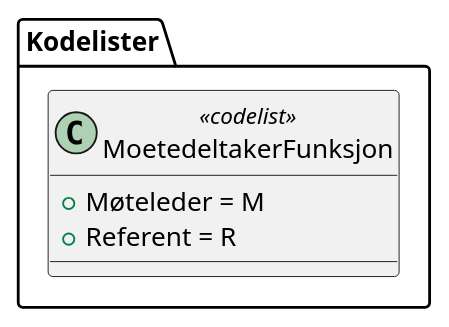
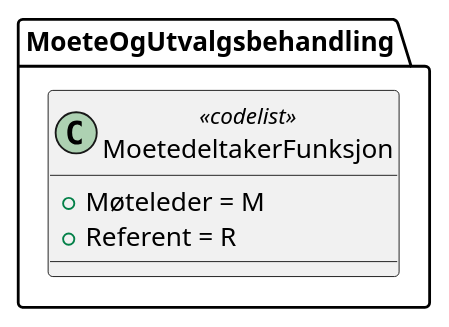
Before and after one commit to arkivverket/noark5-tjenestegrensesnitt-standard: the diagram in kapitler/media/uml-codelist-moetedeltakerfunksjon.iuml, drawn with PlantUML. The commit also changed 10 other files, not shown here.

```diff
--- a/kapitler/media/uml-codelist-moetedeltakerfunksjon.iuml
+++ b/kapitler/media/uml-codelist-moetedeltakerfunksjon.iuml
@@ -1,6 +1,6 @@
 @startuml
-class Kodelister.MoetedeltakerFunksjon <<codelist>> {
+class MoeteOgUtvalgsbehandling.MoetedeltakerFunksjon <<codelist>> {
   +Møteleder = M
   +Referent = R
 }
 @enduml
```
